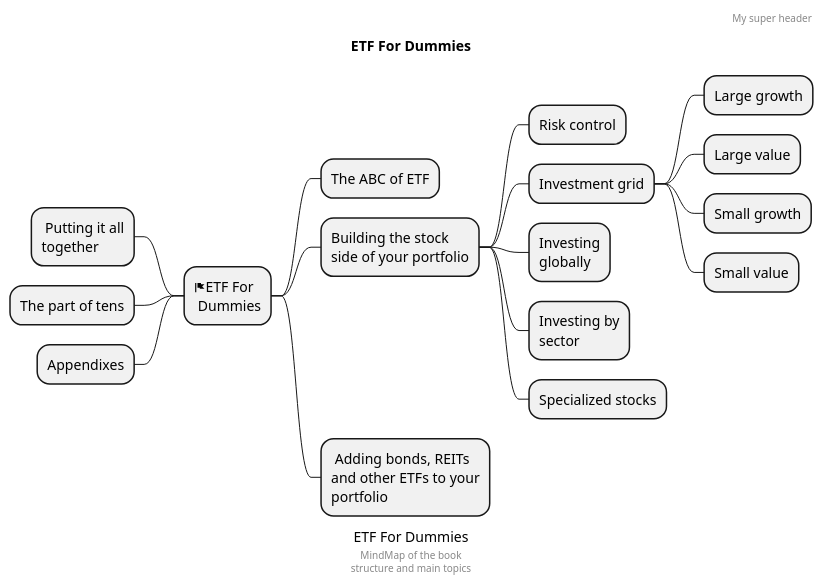
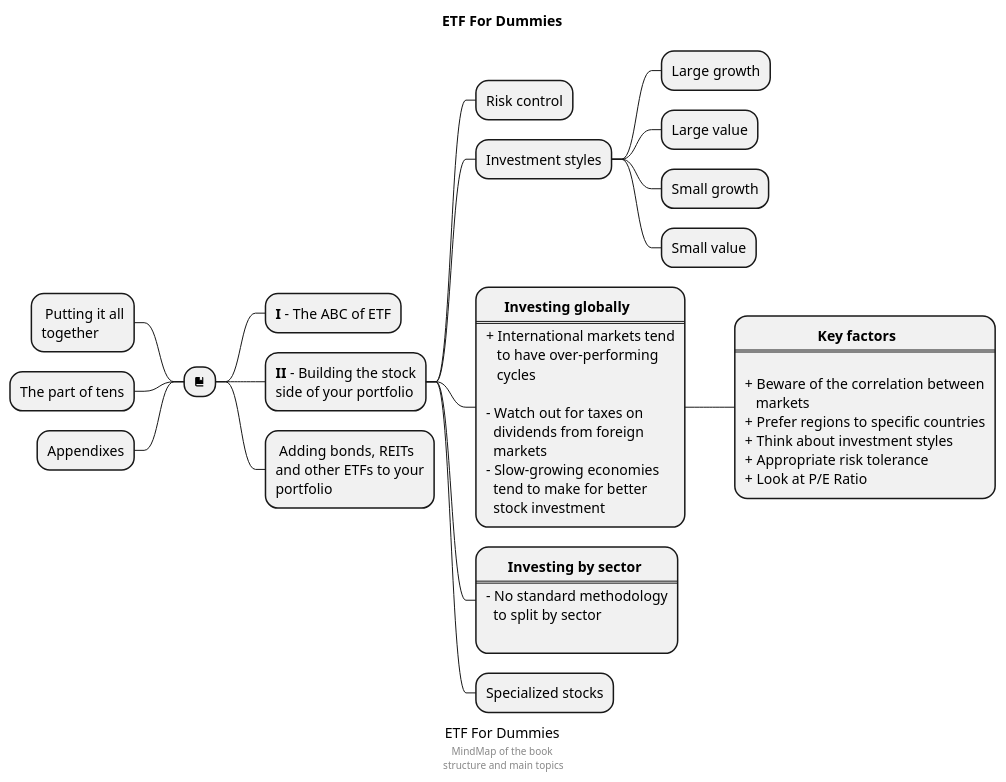
The diagram in etf/etf_for_dummies_mm.puml (udelledo/udelledo.github.io), drawn with PlantUML before and after one commit.

Commit message:
Investing globally

```diff
--- a/etf/etf_for_dummies_mm.puml
+++ b/etf/etf_for_dummies_mm.puml
@@ -1,42 +1,64 @@
 @startmindmap
 'https://plantuml.com/mindmap-diagram
 
 caption ETF For Dummies
 title ETF For Dummies
 
-* <&flag>ETF For\n Dummies
-** The ABC of ETF
-**:Building the stock
+* <&book>
+** <b>I</b> - The ABC of ETF
+**:<b>II</b> - Building the stock
 side of your portfolio;
 *** Risk control
-*** Investment grid
+*** Investment styles
 **** Large growth
 **** Large value
 **** Small growth
 **** Small value
-***:Investing
-globally;
-***:Investing by
-sector;
+***:     <b>Investing globally</b>
+====
++ International markets tend
+   to have over-performing
+   cycles
+
+- Watch out for taxes on
+  dividends from foreign
+  markets
+- Slow-growing economies
+  tend to make for better
+  stock investment;
+****:                    <b>Key factors</b>
+====
+
++ Beware of the correlation between
+   markets
++ Prefer regions to specific countries
++ Think about investment styles
++ Appropriate risk tolerance
++ Look at P/E Ratio;
+***:      <b>Investing by sector</b>
+====
+- No standard methodology
+  to split by sector
+;
 *** Specialized stocks
 **: Adding bonds, REITs
 and other ETFs to your
 portfolio;
 left side
 **: Putting it all
 together;
 ** The part of tens
 ** Appendixes
 
 
-header
-My super header
-endheader
+'header
+'My super header
+'endheader
 
-center footer MindMap of the book\nstructure and main topics
+center footer: MindMap of the book\n structure and main topics
 
 'legend right
 '  Short
 '  legend
 'endlegend
 @endmindmap
```
